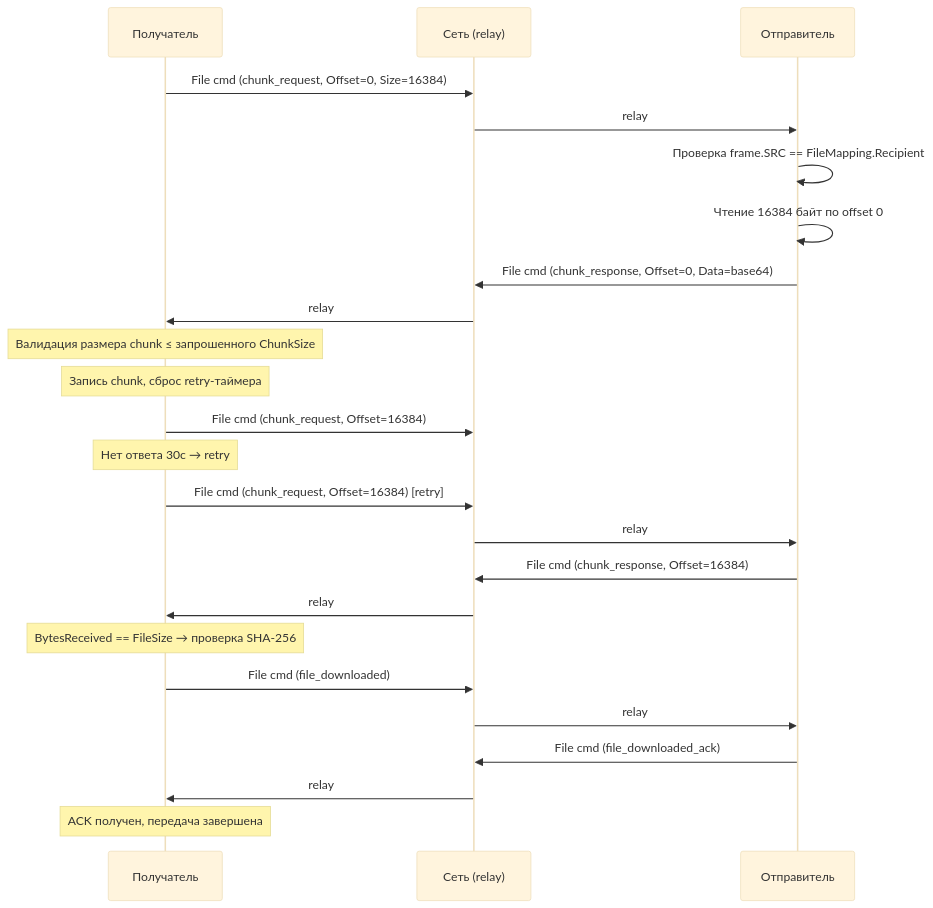
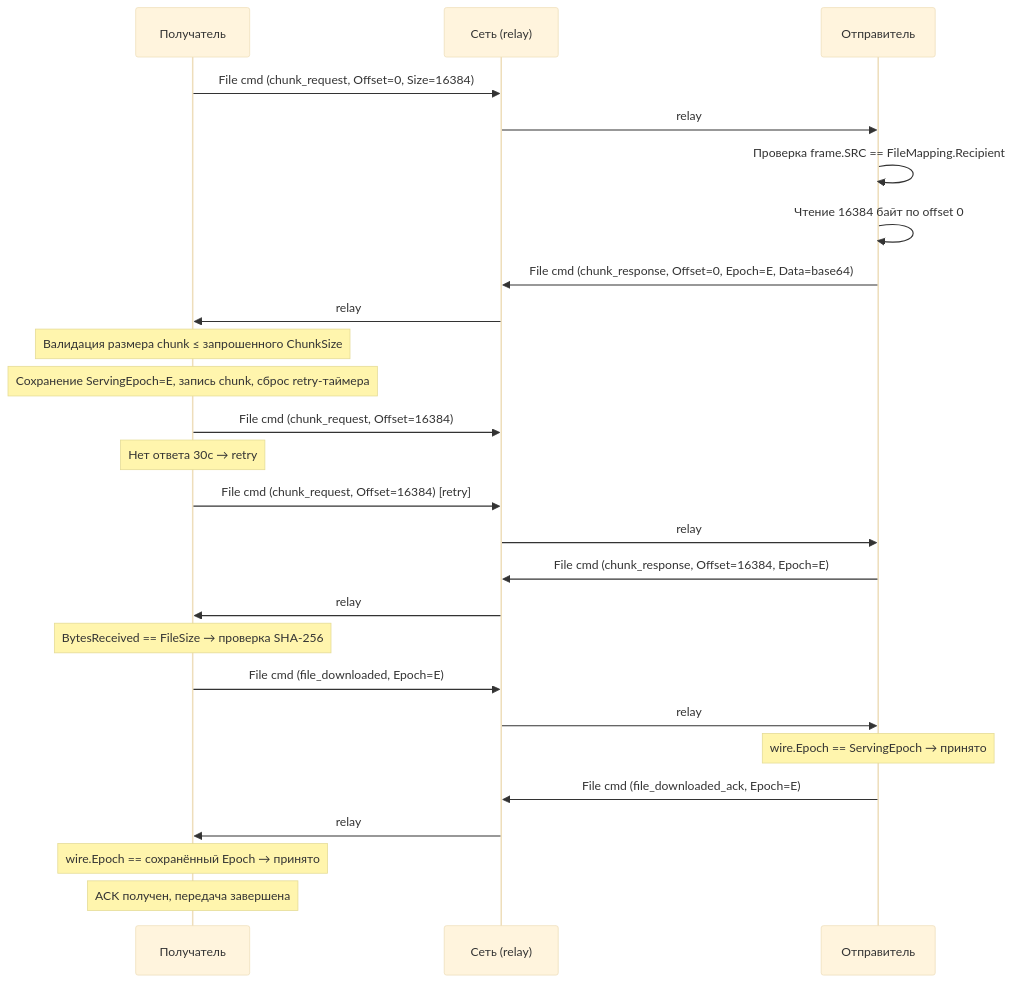
Diagram 13 of 14 in docs/protocol/file_transfer.md (piratecash/corsa), drawn with Mermaid (base theme) before and after one commit. The commit also changed other lines of this file and 17 other files, not shown here.

Commit message:
feat(file_transfer): serving-epoch replay defense, split-horizon relay, generation-safe verification — re-download integrity and stall-recovery hardening

````diff
--- a/docs/protocol/file_transfer.md
+++ b/docs/protocol/file_transfer.md
@@ -2192,29 +2623,31 @@
 ```mermaid
 sequenceDiagram
     participant R as Получатель
     participant N as Сеть (relay)
     participant S as Отправитель
 
     R->>N: File cmd (chunk_request, Offset=0, Size=16384)
     N->>S: relay
     S->>S: Проверка frame.SRC == FileMapping.Recipient
     S->>S: Чтение 16384 байт по offset 0
-    S->>N: File cmd (chunk_response, Offset=0, Data=base64)
+    S->>N: File cmd (chunk_response, Offset=0, Epoch=E, Data=base64)
     N->>R: relay
     Note over R: Валидация размера chunk ≤ запрошенного ChunkSize
-    Note over R: Запись chunk, сброс retry-таймера
+    Note over R: Сохранение ServingEpoch=E, запись chunk, сброс retry-таймера
 
     R->>N: File cmd (chunk_request, Offset=16384)
     Note over R: Нет ответа 30с → retry
     R->>N: File cmd (chunk_request, Offset=16384) [retry]
     N->>S: relay
-    S->>N: File cmd (chunk_response, Offset=16384)
+    S->>N: File cmd (chunk_response, Offset=16384, Epoch=E)
     N->>R: relay
 
     Note over R: BytesReceived == FileSize → проверка SHA-256
-    R->>N: File cmd (file_downloaded)
+    R->>N: File cmd (file_downloaded, Epoch=E)
     N->>S: relay
-    S->>N: File cmd (file_downloaded_ack)
+    Note over S: wire.Epoch == ServingEpoch → принято
+    S->>N: File cmd (file_downloaded_ack, Epoch=E)
     N->>R: relay
+    Note over R: wire.Epoch == сохранённый Epoch → принято
     Note over R: ACK получен, передача завершена
 ```
````
